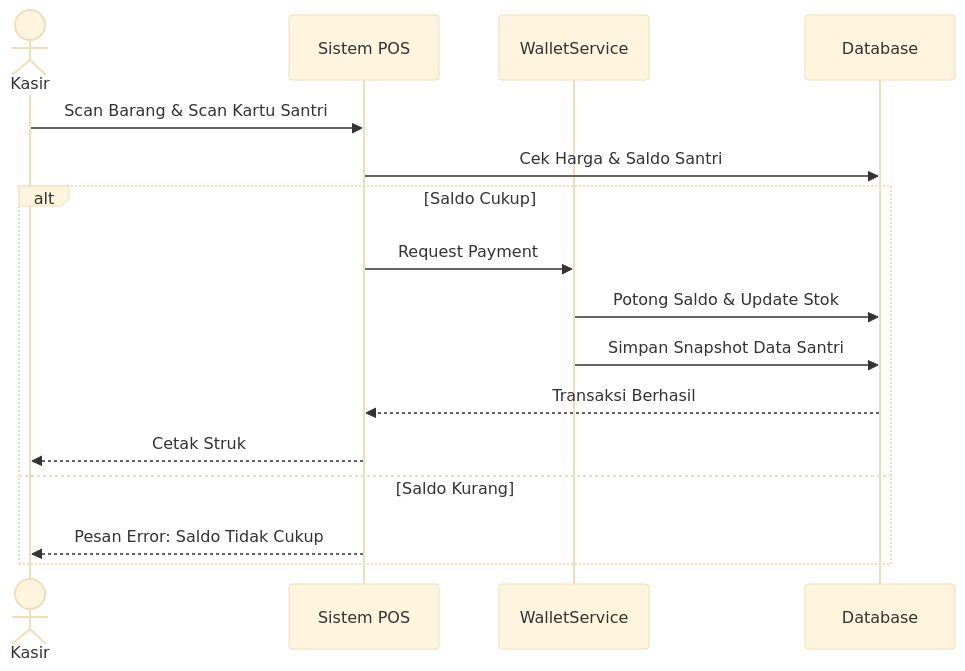
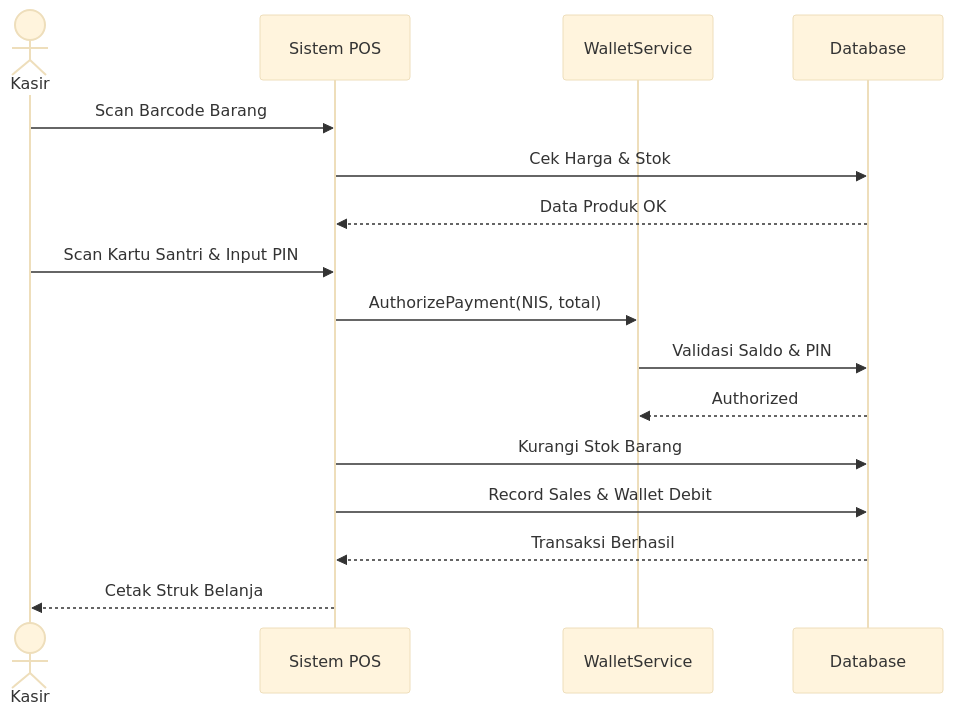
One commit to Hnzsama/Pesantren changed the third of 8 diagrams in documentation/sequence.md. Above: the diagram before and after it, drawn with Mermaid (base theme). The commit also changed other lines of this file, not shown here.

Commit message:
sequence diagram

````diff
--- a/documentation/sequence.md
+++ b/documentation/sequence.md
@@ -39,19 +59,19 @@
 ```mermaid
 sequenceDiagram
     actor K as Kasir
     participant P as Sistem POS
     participant WS as WalletService
     participant DB as Database
     
-    K->>P: Scan Barang & Scan Kartu Santri
-    P->>DB: Cek Harga & Saldo Santri
-    alt Saldo Cukup
-        P->>WS: Request Payment
-        WS->>DB: Potong Saldo & Update Stok
-        WS->>DB: Simpan Snapshot Data Santri
-        DB-->>P: Transaksi Berhasil
-        P-->>K: Cetak Struk
-    else Saldo Kurang
-        P-->>K: Pesan Error: Saldo Tidak Cukup
-    end
+    K->>P: Scan Barcode Barang
+    P->>DB: Cek Harga & Stok
+    DB-->>P: Data Produk OK
+    K->>P: Scan Kartu Santri & Input PIN
+    P->>WS: AuthorizePayment(NIS, total)
+    WS->>DB: Validasi Saldo & PIN
+    DB-->>WS: Authorized
+    P->>DB: Kurangi Stok Barang
+    P->>DB: Record Sales & Wallet Debit
+    DB-->>P: Transaksi Berhasil
+    P-->>K: Cetak Struk Belanja
 ```
````
